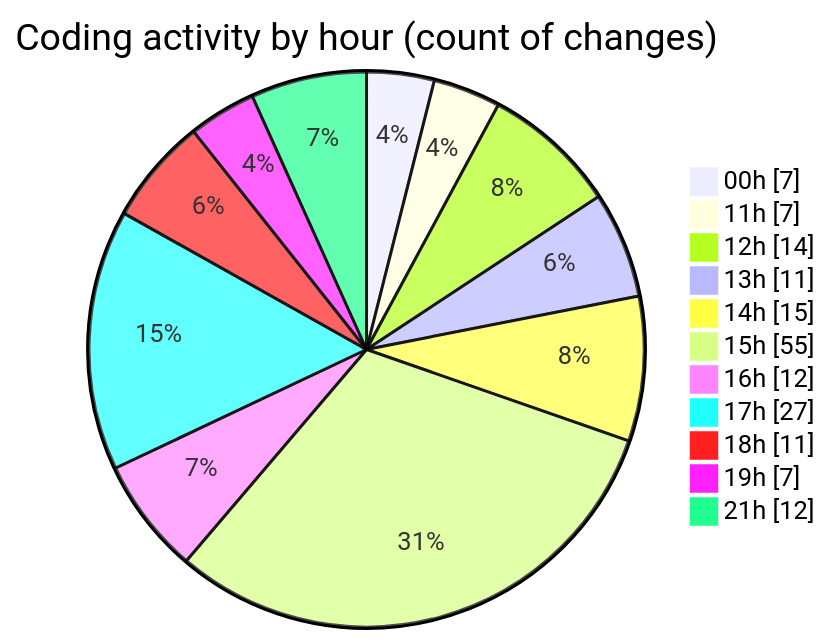
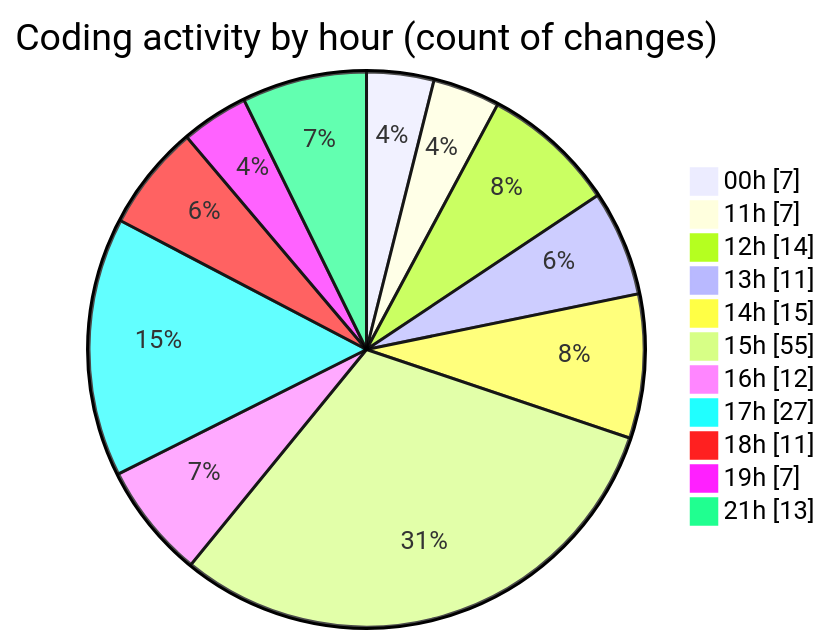
One commit to julien-gomy/code-tracking changed the second of 2 diagrams in 2025-10-08/eventscop-frontend-guide__workspace_/README.md. Above: the diagram before and after it, drawn with Mermaid. The commit also changed other lines of this file and 1 other file, not shown here.

````diff
--- a/2025-10-08/eventscop-frontend-guide__workspace_/README.md
+++ b/2025-10-08/eventscop-frontend-guide__workspace_/README.md
@@ -71,15 +73,15 @@
 ```mermaid
 pie showData
 title Coding activity by hour (count of changes)
 "00h" : 7
 "11h" : 7
 "12h" : 14
 "13h" : 11
 "14h" : 15
 "15h" : 55
 "16h" : 12
 "17h" : 27
 "18h" : 11
 "19h" : 7
-"21h" : 12
+"21h" : 13
 ```
````
